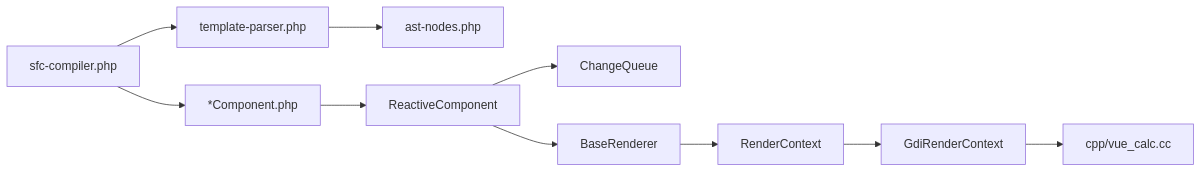
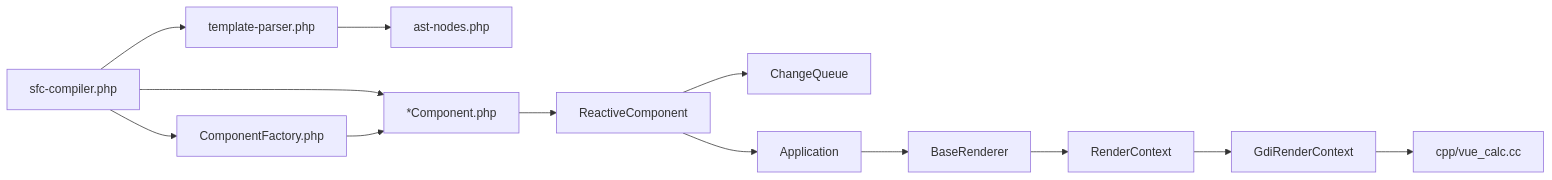
The eighth of 8 diagrams in .qoder/repowiki/zh/content/组件系统详解/组件系统详解.md (xingye00186/PUI), drawn with Mermaid before and after one commit. The commit also changed other lines of this file and 10 other files, not shown here.

````diff
--- a/.qoder/repowiki/zh/content/组件系统详解/组件系统详解.md
+++ b/.qoder/repowiki/zh/content/组件系统详解/组件系统详解.md
@@ -376,12 +496,15 @@
 ```mermaid
 graph LR
 SFC["sfc-compiler.php"] --> TP["template-parser.php"]
 TP --> AST["ast-nodes.php"]
+SFC --> FACTORY["ComponentFactory.php"]
 SFC --> GEN["*Component.php"]
+FACTORY --> GEN
 GEN --> REACT["ReactiveComponent"]
 REACT --> QUEUE["ChangeQueue"]
-REACT --> RENDER["BaseRenderer"]
+REACT --> APP["Application"]
+APP --> RENDER["BaseRenderer"]
 RENDER --> RC["RenderContext"]
 RC --> GDI["GdiRenderContext"]
 GDI --> CC["cpp/vue_calc.cc"]
 ```
````
